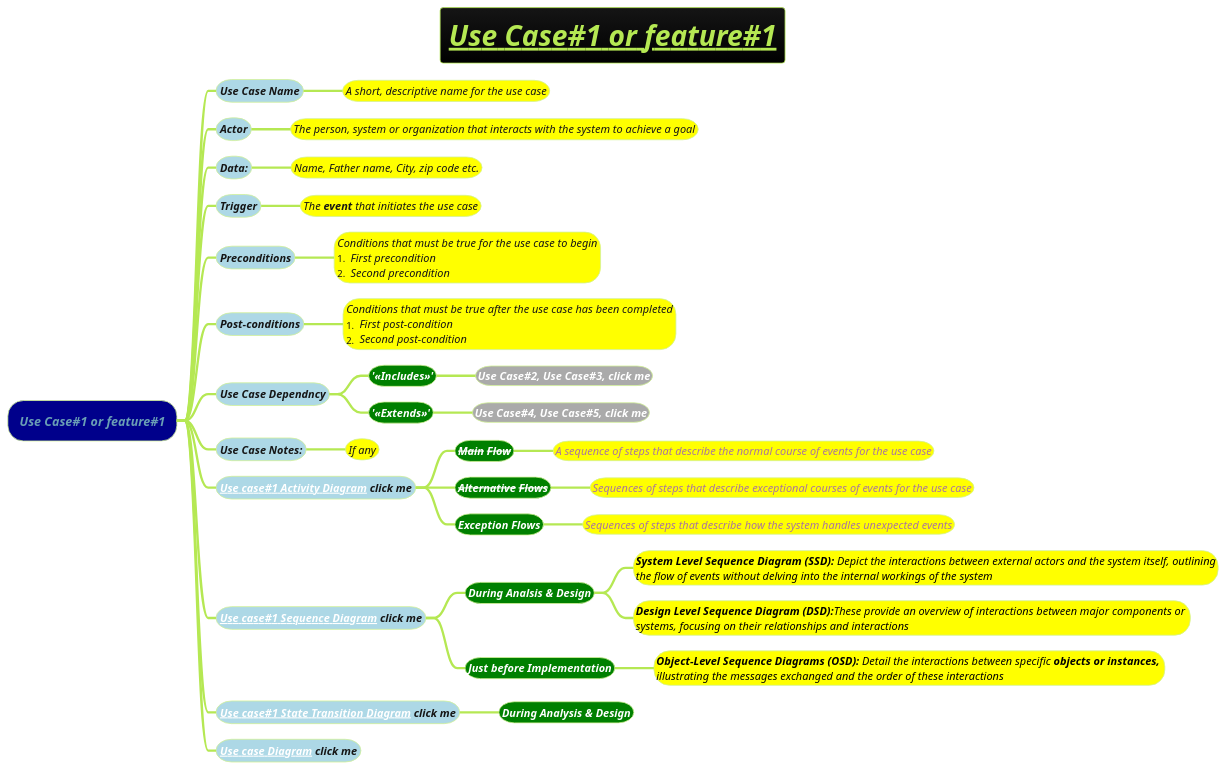
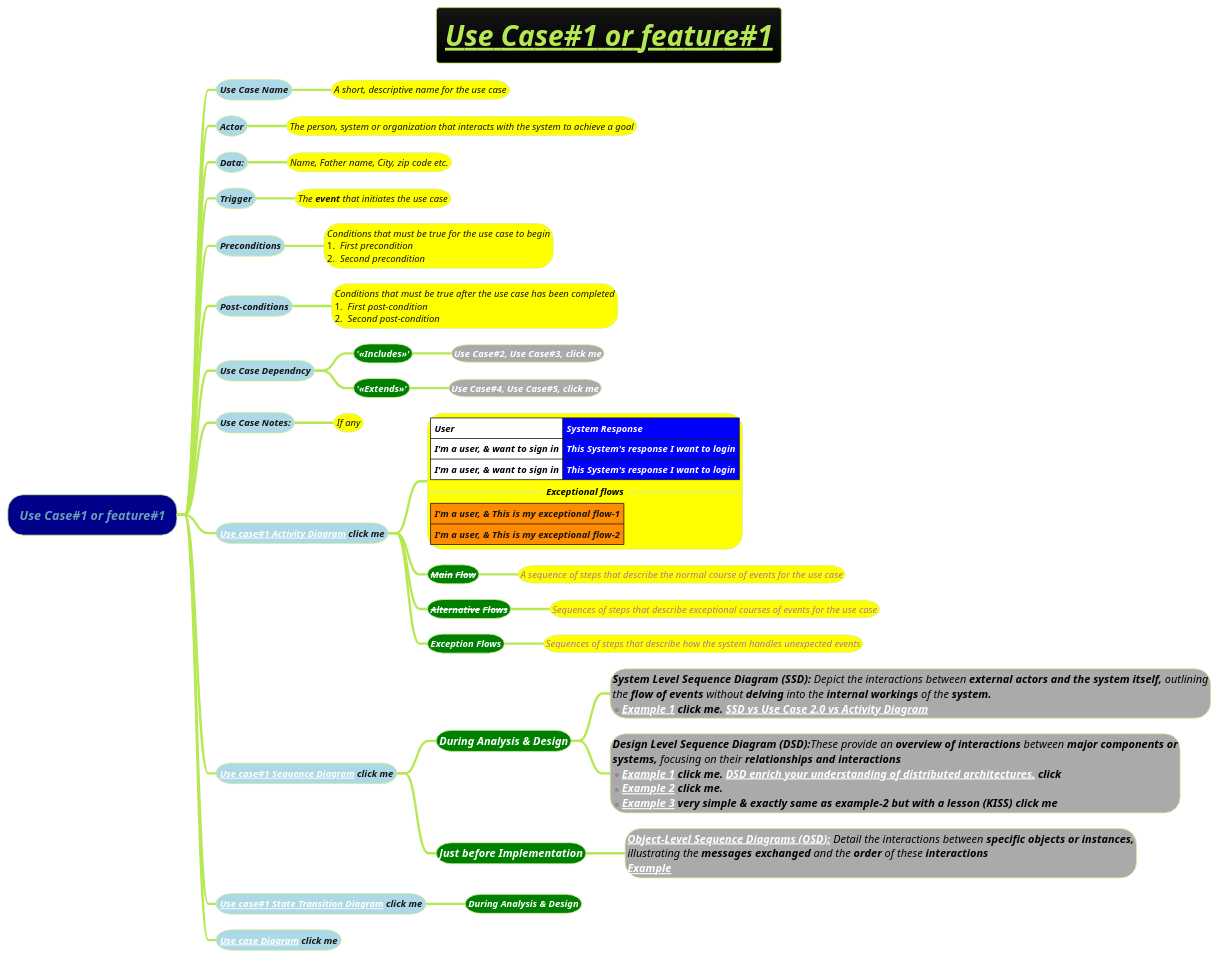
The diagram in docs/2-uml/requirements-and-design-with-plantuml/1-use-cases-or-features/use-case-1-or-feature-1.puml (MehmoodHashmi/Documentation-as-Code-DaC), drawn with PlantUML before and after one commit. The commit also changed 1 other file, not shown here.

```diff
--- a/docs/2-uml/requirements-and-design-with-plantuml/1-use-cases-or-features/use-case-1-or-feature-1.puml
+++ b/docs/2-uml/requirements-and-design-with-plantuml/1-use-cases-or-features/use-case-1-or-feature-1.puml
@@ -1,46 +1,61 @@
 @startmindmap
 title =  <b><i><u>Use Case#1 or feature#1
 !theme hacker
 
 *[#darkblue] <i>Use Case#1 or feature#1
-**[#lightblue] <i><size:14>Use Case Name
-***[#yellow] <i><size:14>A short, descriptive name for the use case
-**[#lightblue] <i><size:14>Actor
-***[#yellow] <i><size:14>The person, system or organization that interacts with the system to achieve a goal
-**[#lightblue] <i><size:14>Data:
-***[#yellow] <i><size:14>Name, Father name, City, zip code etc.
-**[#lightblue] <i><size:14>Trigger
-***[#yellow] <i><size:14>The **event** that initiates the use case
-**[#lightblue] <i><size:14>Preconditions
-***[#yellow]:<i><size:14>Conditions that must be true for the use case to begin
-#<i><size:14> First precondition
-#<i><size:14> Second precondition;
-**[#lightblue] <i><size:14>Post-conditions
-***[#yellow]:<i><size:14>Conditions that must be true after the use case has been completed
-#<i><size:14> First post-condition
-#<i><size:14> Second post-condition;
-**[#lightblue] <i><size:14>Use Case Dependncy
-***[#green] <b><color #white><i><size:14>'<<Includes>>'
-****[#a] <color #white><b><i><size:14>Use Case#2, Use Case#3, click me
-***[#green] <b><color #white><i><size:14>'<<Extends>>'
-****[#a] <color #white><b><i><size:14>Use Case#4, Use Case#5, click me
-**[#lightblue] <i><size:14>Use Case Notes:
-***[#yellow] <i><size:14>If any
-**[#lightblue] <i><size:14>[[docs/2-uml/requirements-and-design-with-plantuml/activity-diagrams/use-case-1-activity.puml Use case#1 Activity Diagram]] click me
-***[#green] <color #white><b><i><size:14>--Main-- --Flow--
-****[#yellow] <i><size:14>A sequence of steps that describe the normal course of events for the use case
-***[#green] <color #white><b><i><size:14>--Alternative-- --Flows--
-****[#yellow] <i><size:14>Sequences of steps that describe exceptional courses of events for the use case
-***[#green] <color #white><b><i><size:14>Exception Flows
-****[#yellow] <i><size:14>Sequences of steps that describe how the system handles unexpected events
-**[#lightblue] <i><size:14>[[docs/2-uml/requirements-and-design-with-plantuml/sequence-diagrams/use-case-1-sequence.puml Use case#1 Sequence Diagram]] click me
-***[#green] <color #white><b><i><size:14>During Analsis & Design
-****[#yellow] <color #black><i><size:14><b>System Level Sequence Diagram (SSD):</b> Depict the interactions between external actors and the system itself, outlining\n<i><size:14><color #black>the flow of events without delving into the internal workings of the system
-****[#yellow] <color #black><i><size:14><b>Design Level Sequence Diagram (DSD):</b>These provide an overview of interactions between major components or \n<i><size:14><color #black>systems, focusing on their relationships and interactions
+**[#lightblue] <i><size:12>Use Case Name
+***[#yellow] <i><size:12>A short, descriptive name for the use case
+**[#lightblue] <i><size:12>Actor
+***[#yellow] <i><size:12>The person, system or organization that interacts with the system to achieve a goal
+**[#lightblue] <i><size:12>Data:
+***[#yellow] <i><size:12>Name, Father name, City, zip code etc.
+**[#lightblue] <i><size:12>Trigger
+***[#yellow] <i><size:12>The **event** that initiates the use case
+**[#lightblue] <i><size:12>Preconditions
+***[#yellow]:<i><size:12>Conditions that must be true for the use case to begin
+#<i><size:12> First precondition
+#<i><size:12> Second precondition;
+**[#lightblue] <i><size:12>Post-conditions
+***[#yellow]:<i><size:12>Conditions that must be true after the use case has been completed
+#<i><size:12> First post-condition
+#<i><size:12> Second post-condition;
+**[#lightblue] <i><size:12>Use Case Dependncy
+***[#green] <b><color #white><i><size:12>'<<Includes>>'
+****[#a] <color #white><b><i><size:12>Use Case#2, Use Case#3, click me
+***[#green] <b><color #white><i><size:12>'<<Extends>>'
+****[#a] <color #white><b><i><size:12>Use Case#4, Use Case#5, click me
+**[#lightblue] <i><size:12>Use Case Notes:
+***[#yellow] <i><size:12>If any
+**[#lightblue] <i><size:12>[[docs/2-uml/requirements-and-design-with-plantuml/activity-diagrams/use-case-1-activity.puml Use case#1 Activity Diagram]] click me
+***[#yellow]:|<#white><color #black><i><size:12><b>User||<#blue><color #white><i><size:12><b>System Response|
+|<#white><color #black><i><size:12><b>I'm a user, & want to sign in||<#blue><color #white><i><size:12><b>This System's response I want to login|
+|<#white><color #black><i><size:12><b>I'm a user, & want to sign in||<#blue><color #white><i><size:12><b>This System's response I want to login|
+==<color #black><i><size:12><b>Exceptional flows==
+|<#darkorange><color #Wh><i><size:12><b>I'm a user, & This is my exceptional flow-1|
+|<#darkorange><color #Wh><i><size:12><b>I'm a user, & This is my exceptional flow-2|;
+***[#green] <color #white><b><i><size:12>--Main-- --Flow--
+****[#yellow] <i><size:12>A sequence of steps that describe the normal course of events for the use case
+***[#green] <color #white><b><i><size:12>--Alternative-- --Flows--
+****[#yellow] <i><size:12>Sequences of steps that describe exceptional courses of events for the use case
+***[#green] <color #white><b><i><size:12>Exception Flows
+****[#yellow] <i><size:12>Sequences of steps that describe how the system handles unexpected events
+**[#lightblue] <i><size:12>[[docs/2-uml/requirements-and-design-with-plantuml/sequence-diagrams/use-case-1-sequence.puml Use case#1 Sequence Diagram]] click me
+***[#green] <color #white><b><i><size:14>During Analysis & Design
+****[#a]:<color #black><i><size:14><b>System Level Sequence Diagram (SSD):</b> Depict the interactions between **external actors and the system itself,** outlining
+<i><size:14><color #black>the **flow of events** without **delving** into the **internal workings** of the <b>system.
+*<i><size:14><color #black><b>[[docs/2-uml/PlantUML/sequence-diagram/images/img_2.png Example 1]] click me. [[docs/2-uml/PlantUML/sequence-diagram/images/img_12.png SSD vs Use Case 2.0 vs Activity Diagram]];
+
+****[#a]:<color #black><i><size:14><b>Design Level Sequence Diagram (DSD):</b>These provide an **overview of interactions** between <b>major components or
+<i><size:14><color #black>**systems,** focusing on their <b>relationships and interactions
+*<i><size:14><color #black><b>[[docs/2-uml/PlantUML/sequence-diagram/AWS-sequence-diagram.puml Example 1]] click me. [[https://aws.amazon.com/blogs/architecture/sequence-diagrams-enrich-your-understanding-of-distributed-architectures/ DSD enrich your understanding of distributed architectures.]] click
+*<i><size:14><color #black><b>[[docs/2-uml/PlantUML/sequence-diagram/AWS-sequence-diagram1.puml Example 2]] click me.
+*<i><size:14><color #black><b>[[docs/2-uml/PlantUML/sequence-diagram/AWS-sequence-diagram2.puml Example 3]] very simple & exactly same as example-2 but with a lesson (KISS) click me;
 ***[#green] <color #white><b><i><size:14>Just before Implementation
-****[#yellow] <color #black><i><size:14><b>Object-Level Sequence Diagrams (OSD):</b> Detail the interactions between specific **objects or instances,** \n<i><size:14><color #black>illustrating the messages exchanged and the order of these interactions
-**[#lightblue] <i><size:14>[[docs/2-uml/requirements-and-design-with-plantuml/state-transition-diagrams/use-case-1-state-transition.puml Use case#1 State Transition Diagram]] click me
-***[#green] <color #white><b><i><size:14>During Analysis & Design
-**[#lightblue] <i><size:14>[[docs/2-uml/requirements-and-design-with-plantuml/0-use-case-diagrams/Tomplot-Use-Case-diagram.puml Use case Diagram]] click me
+****[#a]:<color #black><i><size:14><b>[[docs/2-uml/PlantUML/sequence-diagram/images/img_12.png Object-Level Sequence Diagrams (OSD):]]</b> Detail the interactions between **specific objects or instances,**
+<i><size:14><color #black>illustrating the **messages exchanged** and the **order** of these <b>interactions
+<i><size:14><color #black><b>[[docs/2-uml/PlantUML/sequence-diagram/images/img_12.png Example]];
+**[#lightblue] <i><size:12>[[docs/2-uml/requirements-and-design-with-plantuml/state-transition-diagrams/use-case-1-state-transition.puml Use case#1 State Transition Diagram]] click me
+***[#green] <color #white><b><i><size:12>During Analysis & Design
+**[#lightblue] <i><size:12>[[docs/2-uml/requirements-and-design-with-plantuml/0-use-case-diagrams/Tomplot-Use-Case-diagram.puml Use case Diagram]] click me
 
 @endmindmap
```
